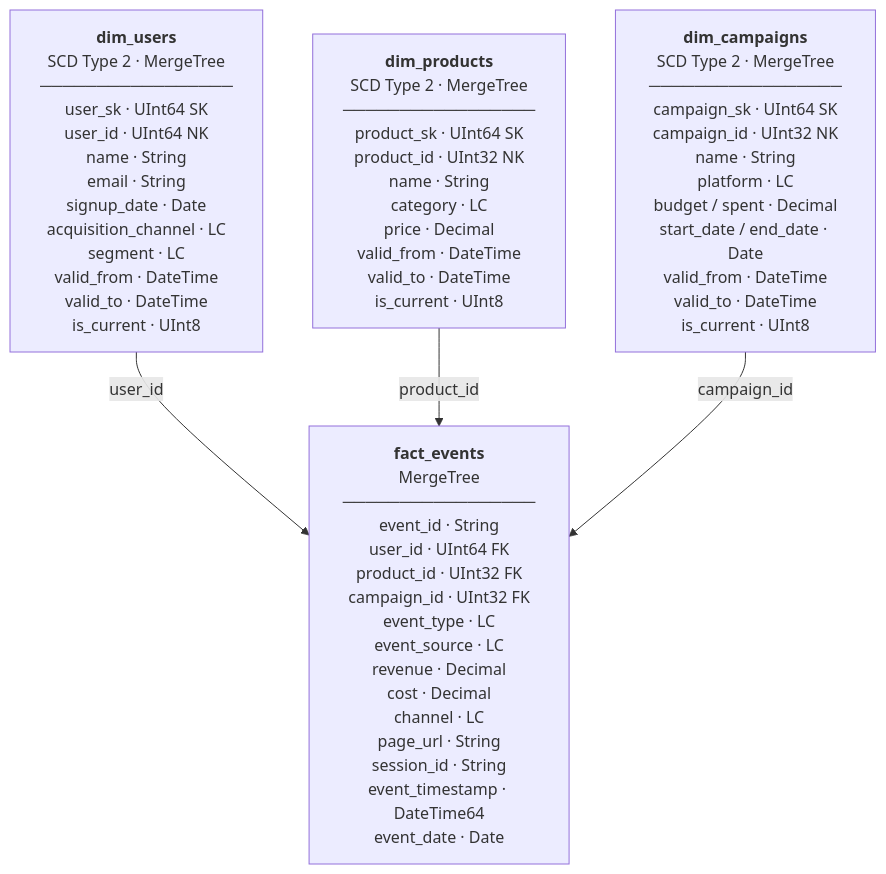
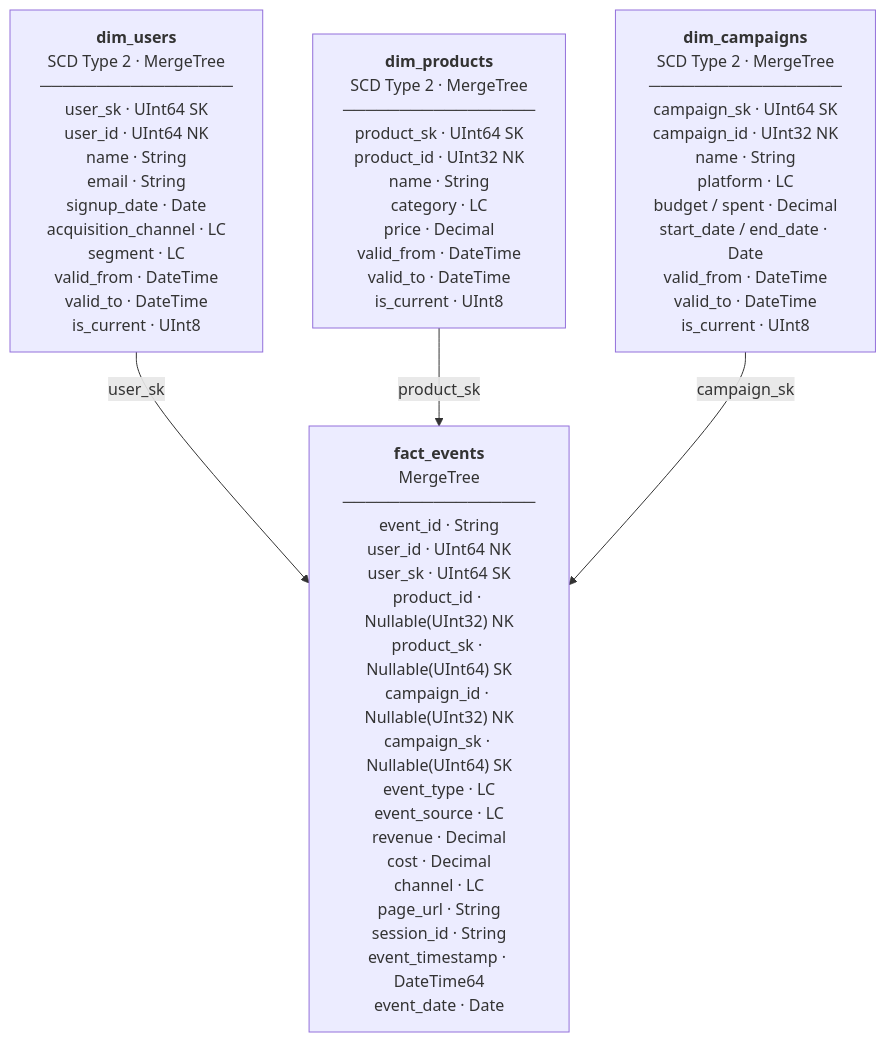
Before and after one commit to AndrewVerenich/data-pipelines: the second of 2 diagrams in marketing-analytics-platform/README.md, drawn with Mermaid. The commit also changed other lines of this file and 8 other files, not shown here.

````diff
--- a/marketing-analytics-platform/README.md
+++ b/marketing-analytics-platform/README.md
@@ -98,11 +98,11 @@
 ```mermaid
 flowchart TB
   DU["<b>dim_users</b><br>SCD Type 2 · MergeTree<br>─────────────────<br>user_sk · UInt64 SK<br>user_id · UInt64 NK<br>name · String<br>email · String<br>signup_date · Date<br>acquisition_channel · LC<br>segment · LC<br>valid_from · DateTime<br>valid_to · DateTime<br>is_current · UInt8"]
   DP["<b>dim_products</b><br>SCD Type 2 · MergeTree<br>─────────────────<br>product_sk · UInt64 SK<br>product_id · UInt32 NK<br>name · String<br>category · LC<br>price · Decimal<br>valid_from · DateTime<br>valid_to · DateTime<br>is_current · UInt8"]
   DC["<b>dim_campaigns</b><br>SCD Type 2 · MergeTree<br>─────────────────<br>campaign_sk · UInt64 SK<br>campaign_id · UInt32 NK<br>name · String<br>platform · LC<br>budget / spent · Decimal<br>start_date / end_date · Date<br>valid_from · DateTime<br>valid_to · DateTime<br>is_current · UInt8"]
-  FE["<b>fact_events</b><br>MergeTree<br>─────────────────<br>event_id · String<br>user_id · UInt64 FK<br>product_id · UInt32 FK<br>campaign_id · UInt32 FK<br>event_type · LC<br>event_source · LC<br>revenue · Decimal<br>cost · Decimal<br>channel · LC<br>page_url · String<br>session_id · String<br>event_timestamp · DateTime64<br>event_date · Date"]
+  FE["<b>fact_events</b><br>MergeTree<br>─────────────────<br>event_id · String<br>user_id · UInt64 NK<br>user_sk · UInt64 SK<br>product_id · Nullable(UInt32) NK<br>product_sk · Nullable(UInt64) SK<br>campaign_id · Nullable(UInt32) NK<br>campaign_sk · Nullable(UInt64) SK<br>event_type · LC<br>event_source · LC<br>revenue · Decimal<br>cost · Decimal<br>channel · LC<br>page_url · String<br>session_id · String<br>event_timestamp · DateTime64<br>event_date · Date"]
 
-  DU -->|"user_id"| FE
-  DP -->|"product_id"| FE
-  DC -->|"campaign_id"| FE
+  DU -->|"user_sk"| FE
+  DP -->|"product_sk"| FE
+  DC -->|"campaign_sk"| FE
 ```
````
